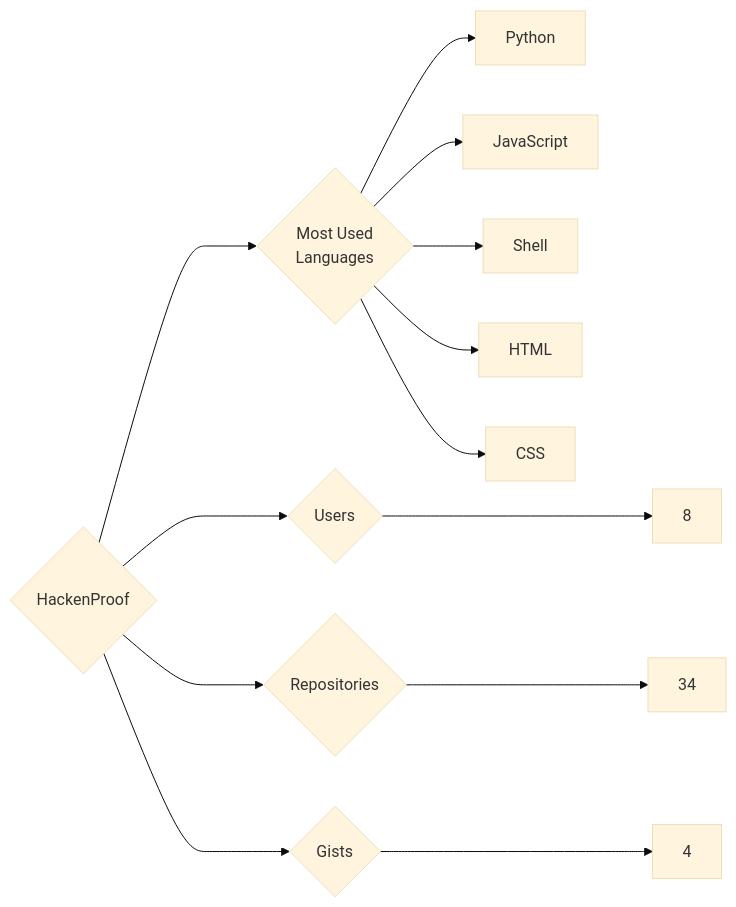
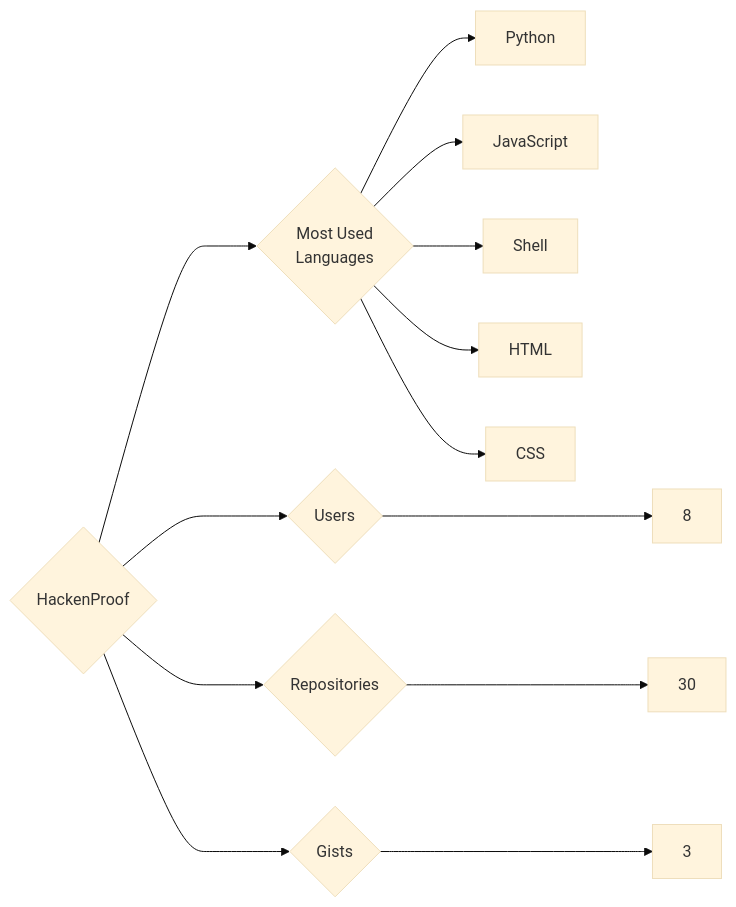
One commit to trickest/insiders changed the diagram in targets/HackenProof/README.md. Above: the diagram before and after it, drawn with Mermaid (base theme). The commit also changed 873 other files, not shown here.

````diff
--- a/targets/HackenProof/README.md
+++ b/targets/HackenProof/README.md
@@ -3,13 +3,13 @@
 ```mermaid
 graph LR
 COMPANY_NAME{HackenProof}
 COMPANY_NAME ---> U{Users} ---> UN[8]
-COMPANY_NAME ---> R{Repositories} ---> RN[34]
-COMPANY_NAME ---> G{Gists} ---> GN[4]
+COMPANY_NAME ---> R{Repositories} ---> RN[30]
+COMPANY_NAME ---> G{Gists} ---> GN[3]
 COMPANY_NAME ---> ML{Most Used<br>Languages}
 ML --> Python[Python]
 ML --> JavaScript[JavaScript]
 ML --> Shell[Shell]
 ML --> HTML[HTML]
 ML --> CSS[CSS]
 ```
````
